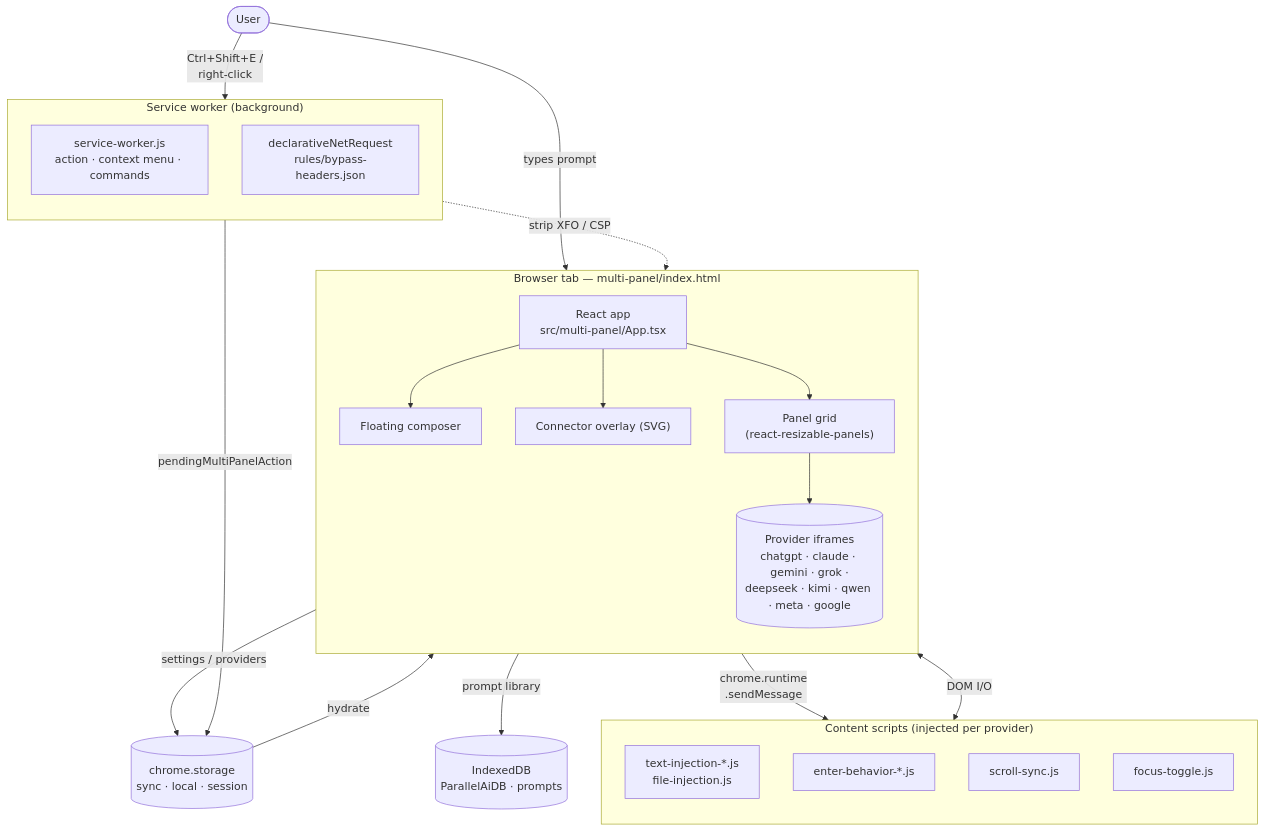
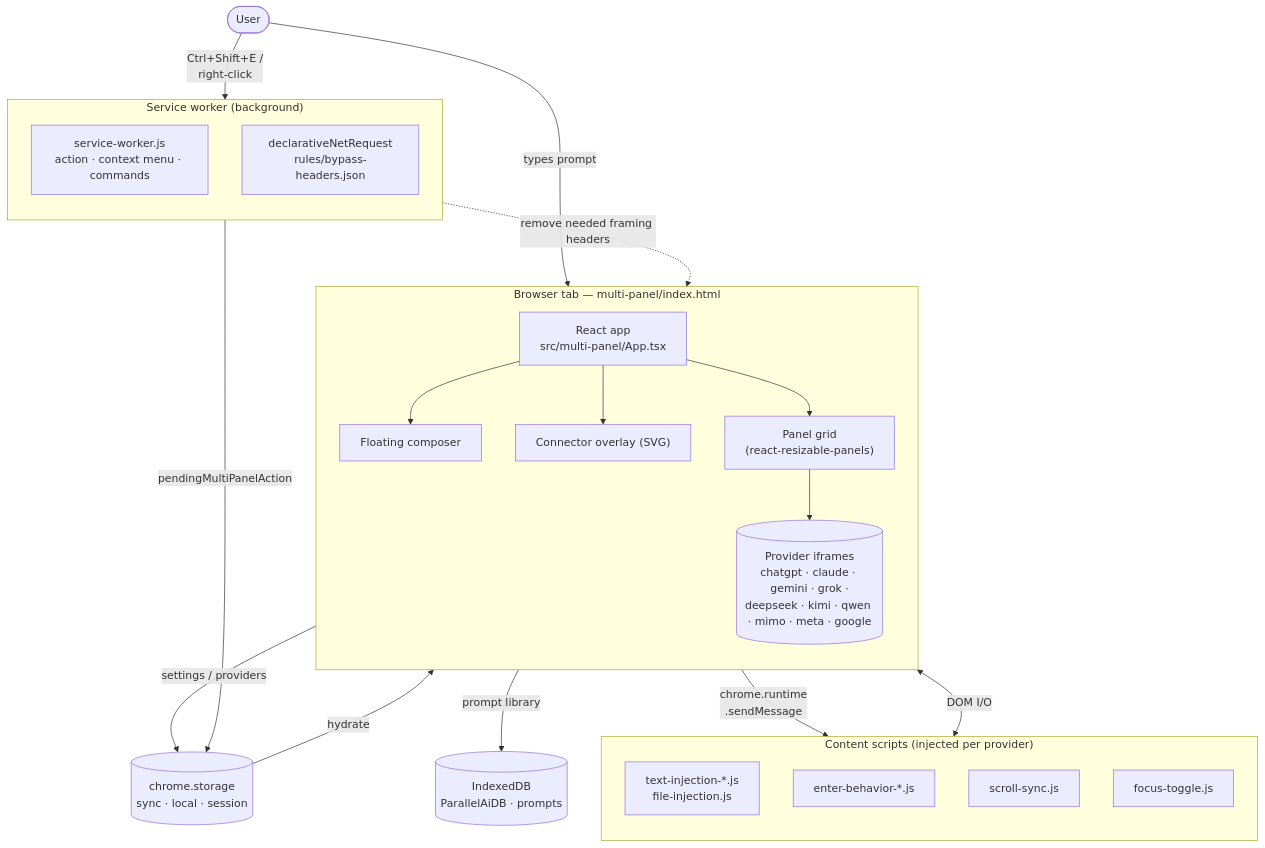
One commit to ParkerCai/parallel-ai-extension changed the first of 2 diagrams in README.md. Above: the diagram before and after it, drawn with Mermaid. The commit also changed other lines of this file and 27 other files, not shown here.

````diff
--- a/README.md
+++ b/README.md
@@ -132,44 +133,44 @@
 ```mermaid
 flowchart TB
   user(["User"])
 
   subgraph bg["Service worker (background)"]
     direction TB
     sw["service-worker.js<br/>action · context menu · commands"]
     dnr["declarativeNetRequest<br/>rules/bypass-headers.json"]
   end
 
   storage[("chrome.storage<br/>sync · local · session")]
   idb[("IndexedDB<br/>ParallelAiDB · prompts")]
 
   subgraph tab["Browser tab — multi-panel/index.html"]
     direction TB
     react["React app<br/>src/multi-panel/App.tsx"]
     composer["Floating composer"]
     overlay["Connector overlay (SVG)"]
     grid["Panel grid<br/>(react-resizable-panels)"]
-    iframes[("Provider iframes<br/>chatgpt · claude · gemini · grok ·<br/>deepseek · kimi · qwen · meta · google")]
+    iframes[("Provider iframes<br/>chatgpt · claude · gemini · grok ·<br/>deepseek · kimi · qwen · mimo · meta · google")]
     react --> composer
     react --> overlay
     react --> grid
     grid --> iframes
   end
 
   subgraph cs["Content scripts (injected per provider)"]
     direction TB
     inject["text-injection-*.js<br/>file-injection.js"]
     enterkey["enter-behavior-*.js"]
     sync["scroll-sync.js"]
     focus["focus-toggle.js"]
   end
 
   user -- "Ctrl+Shift+E /<br/>right-click" --> sw
   user -- "types prompt" --> composer
   sw -- "pendingMultiPanelAction" --> storage
   storage -- "hydrate" --> react
   react -- "settings / providers" --> storage
   react -- "prompt library" --> idb
   composer -- "chrome.runtime<br/>.sendMessage" --> cs
   iframes <-- "DOM I/O" --> cs
-  dnr -. "strip XFO / CSP" .-> iframes
+  dnr -. "remove needed framing headers" .-> iframes
 ```
````
